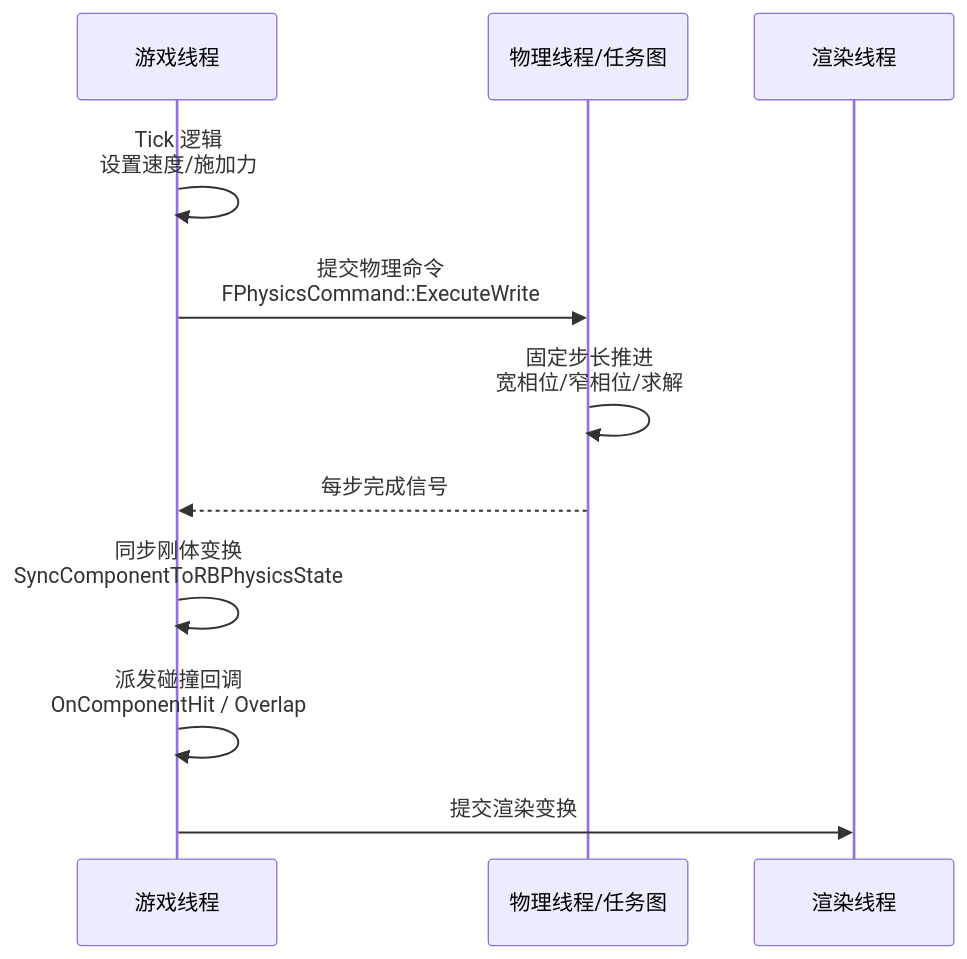
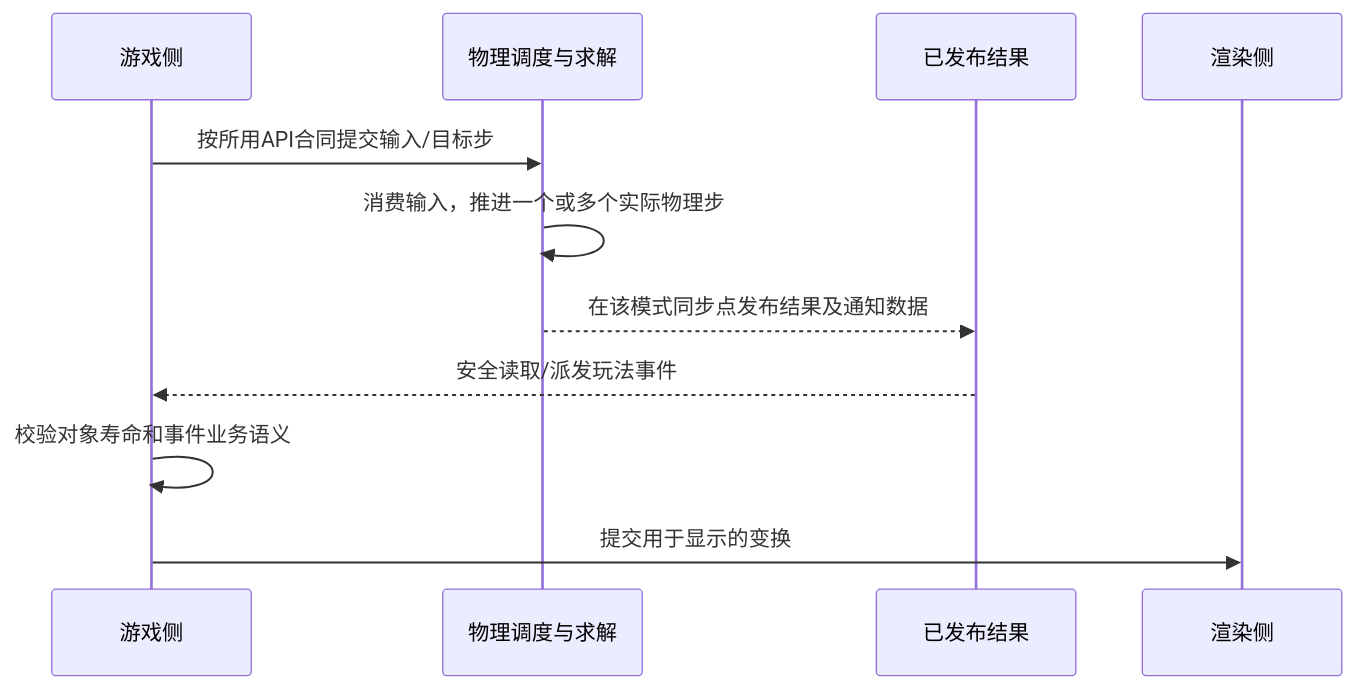
The third of 5 diagrams in 知识/04-图形动画与物理仿真/物理求解与动力学/01-Chaos物理引擎概览.md (fantuan812/learning), drawn with Mermaid before and after one commit. The commit also changed other lines of this file and 1 other file, not shown here.

````diff
--- a/知识/04-图形动画与物理仿真/物理求解与动力学/01-Chaos物理引擎概览.md
+++ b/知识/04-图形动画与物理仿真/物理求解与动力学/01-Chaos物理引擎概览.md
@@ -148,13 +122,13 @@
 ```mermaid
 sequenceDiagram
-    participant GT as 游戏线程
-    participant PT as 物理线程/任务图
-    participant RT as 渲染线程
-    GT->>GT: Tick 逻辑<br/>设置速度/施加力
-    GT->>PT: 提交物理命令<br/>FPhysicsCommand::ExecuteWrite
-    PT->>PT: 固定步长推进<br/>宽相位/窄相位/求解
-    PT-->>GT: 每步完成信号
-    GT->>GT: 同步刚体变换<br/>SyncComponentToRBPhysicsState
-    GT->>GT: 派发碰撞回调<br/>OnComponentHit / Overlap
-    GT->>RT: 提交渲染变换
+    participant GT as 游戏侧
+    participant PS as 物理调度与求解
+    participant PUB as 已发布结果
+    participant RT as 渲染侧
+    GT->>PS: 按所用API合同提交输入/目标步
+    PS->>PS: 消费输入，推进一个或多个实际物理步
+    PS-->>PUB: 在该模式同步点发布结果及通知数据
+    PUB-->>GT: 安全读取/派发玩法事件
+    GT->>GT: 校验对象寿命和事件业务语义
+    GT->>RT: 提交用于显示的变换
 ```
````
